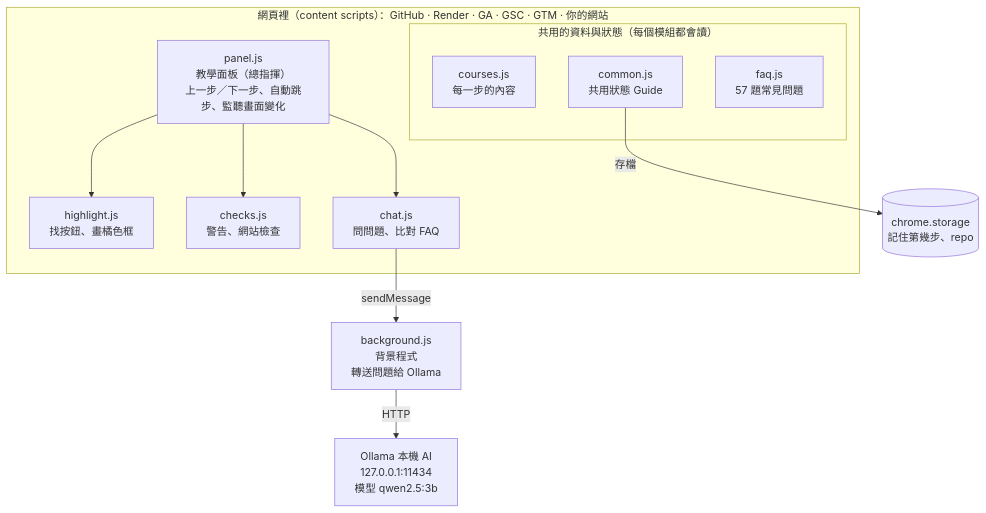
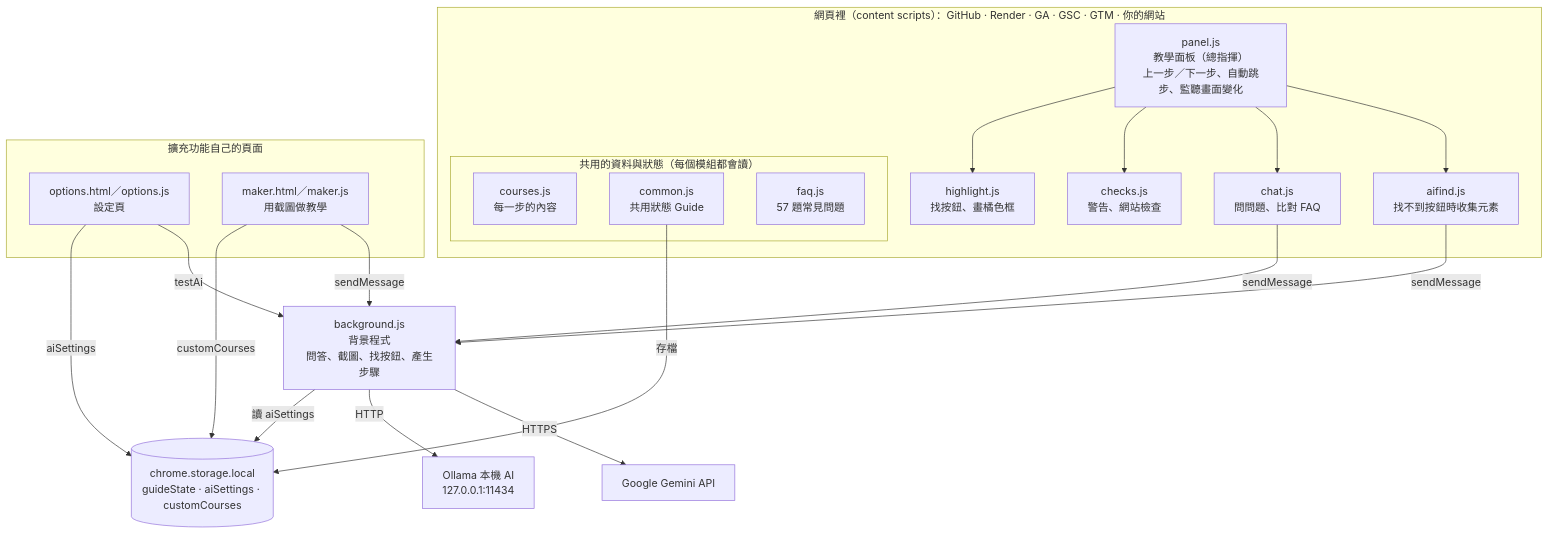
One commit to jingchunhuang/--test1 changed the diagram in github-repo-guide/ARCHITECTURE.md. Above: the diagram before and after it, drawn with Mermaid. The commit also changed other lines of this file and 1 other file, not shown here.

First line of the commit message:
更新架構說明到 6.1，新增函數呼叫流程圖

````diff
--- a/github-repo-guide/ARCHITECTURE.md
+++ b/github-repo-guide/ARCHITECTURE.md
@@ -22,23 +29,37 @@
 ```mermaid
 flowchart TB
   subgraph page["網頁裡（content scripts）：GitHub · Render · GA · GSC · GTM · 你的網站"]
     panel["panel.js<br/>教學面板（總指揮）<br/>上一步／下一步、自動跳步、監聽畫面變化"]
     highlight["highlight.js<br/>找按鈕、畫橘色框"]
     checks["checks.js<br/>警告、網站檢查"]
     chat["chat.js<br/>問問題、比對 FAQ"]
+    aifind["aifind.js<br/>找不到按鈕時收集元素"]
     subgraph shared["共用的資料與狀態（每個模組都會讀）"]
       courses["courses.js<br/>每一步的內容"]
       common["common.js<br/>共用狀態 Guide"]
       faq["faq.js<br/>57 題常見問題"]
     end
     panel --> highlight
     panel --> checks
     panel --> chat
+    panel --> aifind
   end
-  storage[("chrome.storage<br/>記住第幾步、repo")]
-  bg["background.js<br/>背景程式<br/>轉送問題給 Ollama"]
-  ollama["Ollama 本機 AI<br/>127.0.0.1:11434<br/>模型 qwen2.5:3b"]
+  subgraph ext["擴充功能自己的頁面"]
+    options["options.html／options.js<br/>設定頁"]
+    maker["maker.html／maker.js<br/>用截圖做教學"]
+  end
+  storage[("chrome.storage.local<br/>guideState · aiSettings · customCourses")]
+  bg["background.js<br/>背景程式<br/>問答、截圖、找按鈕、產生步驟"]
+  ollama["Ollama 本機 AI<br/>127.0.0.1:11434"]
+  gemini["Google Gemini API"]
   common -- 存檔 --> storage
+  options -- aiSettings --> storage
+  maker -- customCourses --> storage
   chat -- sendMessage --> bg
+  aifind -- sendMessage --> bg
+  maker -- sendMessage --> bg
+  options -- testAi --> bg
+  bg -- 讀 aiSettings --> storage
   bg -- HTTP --> ollama
+  bg -- HTTPS --> gemini
 ```
````
